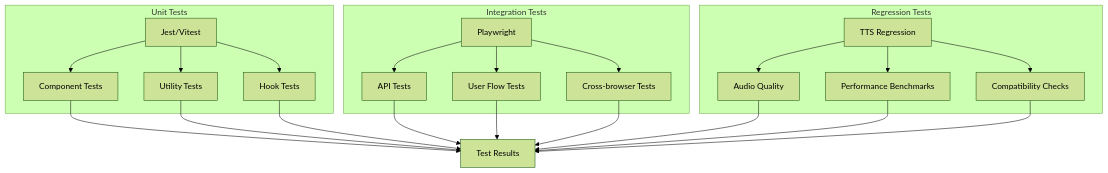
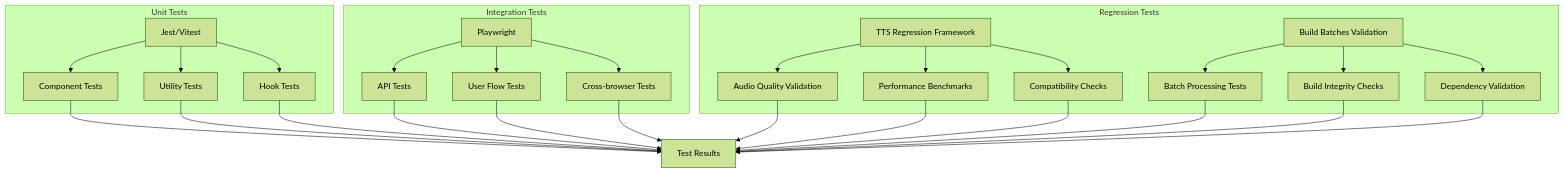
Before and after one commit to zmyeo54/briefroom: the sixth of 10 diagrams in .qoder/repowiki/en/content/Development Guide/Development Guide.md, drawn with Mermaid (forest theme). The commit also changed other lines of this file and 13 other files, not shown here.

````diff
--- a/.qoder/repowiki/en/content/Development Guide/Development Guide.md
+++ b/.qoder/repowiki/en/content/Development Guide/Development Guide.md
@@ -327,27 +351,33 @@
 ```mermaid
 graph TB
 subgraph "Unit Tests"
 A[Jest/Vitest] --> B[Component Tests]
 A --> C[Utility Tests]
 A --> D[Hook Tests]
 end
 subgraph "Integration Tests"
 E[Playwright] --> F[API Tests]
 E --> G[User Flow Tests]
 E --> H[Cross-browser Tests]
 end
 subgraph "Regression Tests"
-I[TTS Regression] --> J[Audio Quality]
+I[TTS Regression Framework] --> J[Audio Quality Validation]
 I --> K[Performance Benchmarks]
 I --> L[Compatibility Checks]
+M[Build Batches Validation] --> N[Batch Processing Tests]
+M --> O[Build Integrity Checks]
+M --> P[Dependency Validation]
 end
-B --> M[Test Results]
-C --> M
-D --> M
-F --> M
-G --> M
-H --> M
-J --> M
-K --> M
-L --> M
+B --> Q[Test Results]
+C --> Q
+D --> Q
+F --> Q
+G --> Q
+H --> Q
+J --> Q
+K --> Q
+L --> Q
+N --> Q
+O --> Q
+P --> Q
 ```
````
